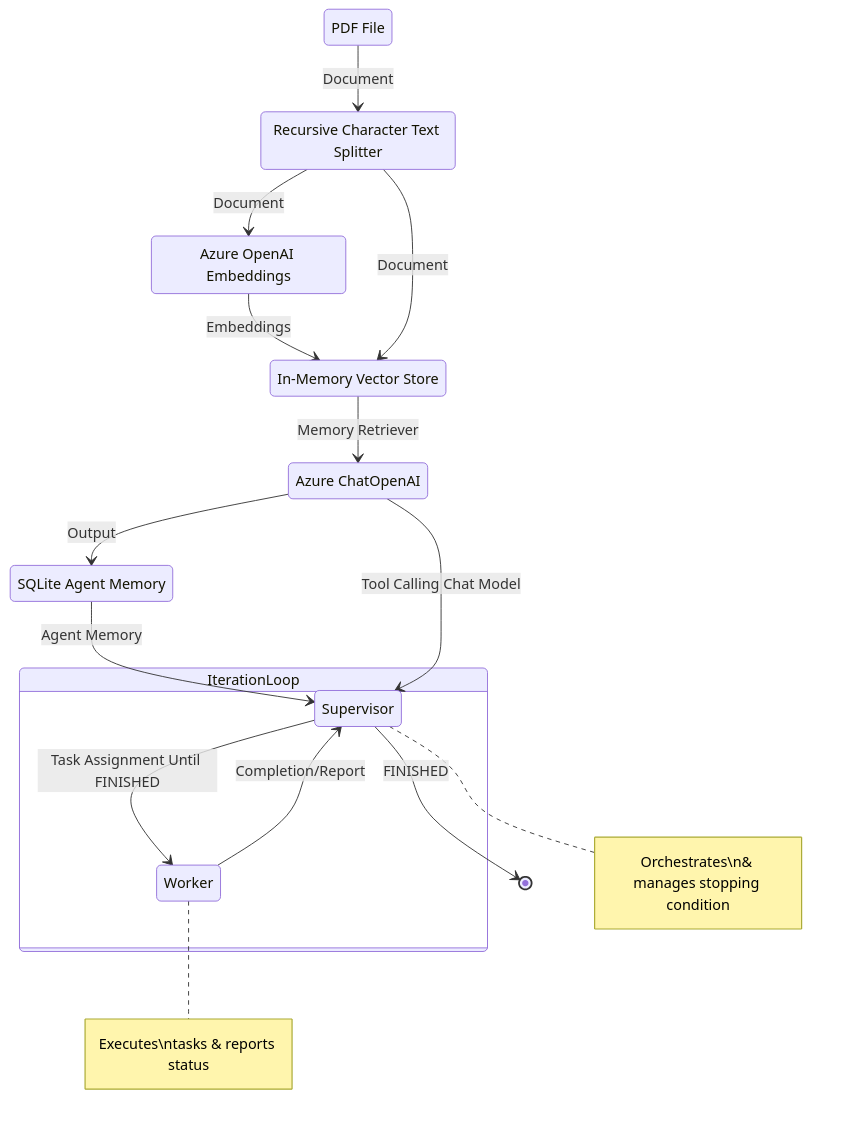
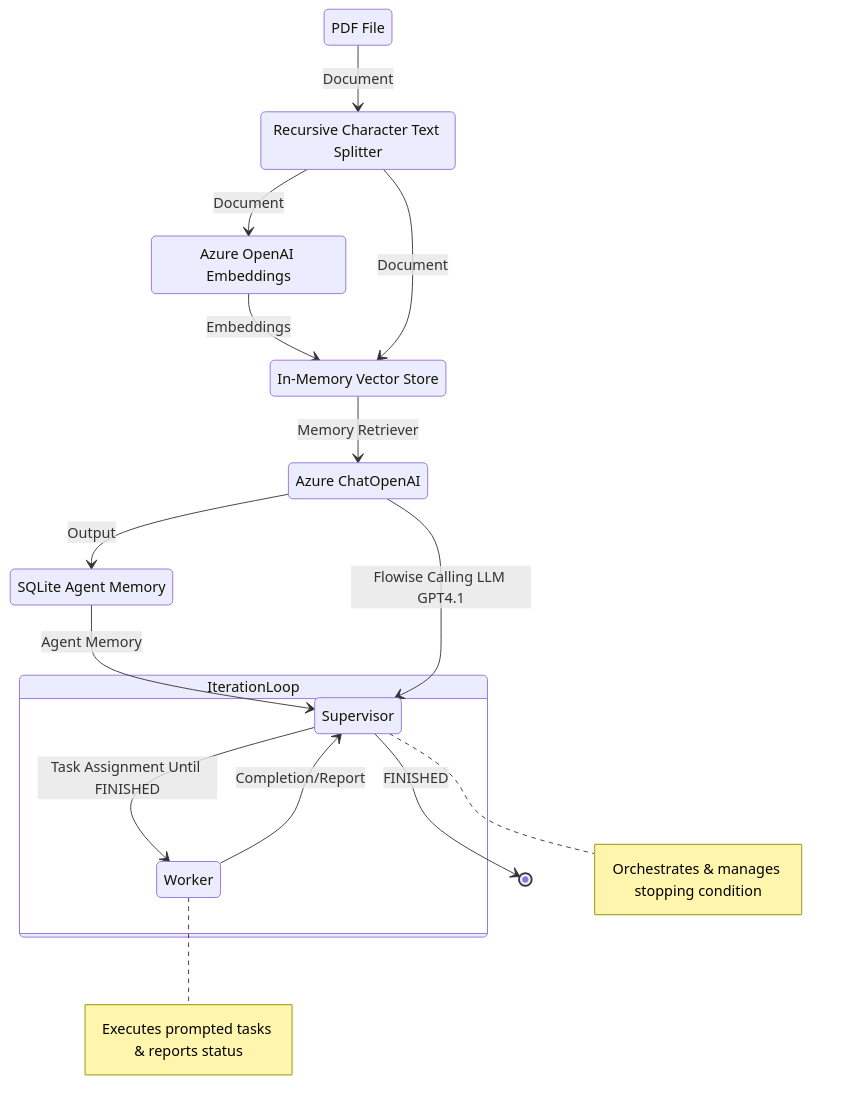
Before and after one commit to HR-DataLab-Healthcare/RESEARCH_SUPPORT: the seventh of 7 diagrams in PROJECTS/Generative_Agent_based_Data-Synthesis/Readme.md, drawn with Mermaid.

````diff
--- a/PROJECTS/Generative_Agent_based_Data-Synthesis/Readme.md
+++ b/PROJECTS/Generative_Agent_based_Data-Synthesis/Readme.md
@@ -732,48 +732,48 @@
 ```mermaid
 
 stateDiagram-v2  
     %% Document Loading & Splitting  
     PDFFile: PDF File  
     RCTextSplitter: Recursive Character Text Splitter  
     PDFFile --> RCTextSplitter: Document  
   
     %% Embedding Creation  
     AzureEmbeddings: Azure OpenAI Embeddings  
     RCTextSplitter --> AzureEmbeddings: Document  
   
     %% Vector Store for Retrieval  
     InMemoryVS: In-Memory Vector Store  
     AzureEmbeddings --> InMemoryVS: Embeddings  
     RCTextSplitter --> InMemoryVS: Document  
   
     %% Chat Interaction (LLM Agent)  
     AzureChatOpenAI: Azure ChatOpenAI  
     InMemoryVS --> AzureChatOpenAI: Memory Retriever  
   
     %% Agent Memory  
     SQLiteAgentMemory: SQLite Agent Memory  
     AzureChatOpenAI --> SQLiteAgentMemory: Output  
   
     %% Orchestration/Supervision  
     Supervisor: Supervisor  
     SQLiteAgentMemory --> Supervisor: Agent Memory  
-    AzureChatOpenAI --> Supervisor: Tool Calling Chat Model  
+    AzureChatOpenAI --> Supervisor: Flowise Calling LLM GPT4.1  
   
     %% Worker (Action Executor)  
     Worker: Worker  
     %% Supervisor --> Worker: Task Assignment Until FINISHED 
     Worker --> Supervisor: Completion/Report  
   
     %% Iterative Supervisor-Worker Loop  
     state IterationLoop {  
       Supervisor --> Worker:   Task Assignment Until FINISHED 
     }  
   
     %% Output to User  
     Supervisor --> [*]: FINISHED  
   
     %% Notes  
-    note right of Supervisor: Orchestrates\n& manages stopping condition  
-    note right of Worker: Executes\ntasks & reports status  
+    note right of Supervisor: Orchestrates & manages stopping condition  
+    note right of Worker: Executes prompted tasks & reports status  
 
 ```
````
